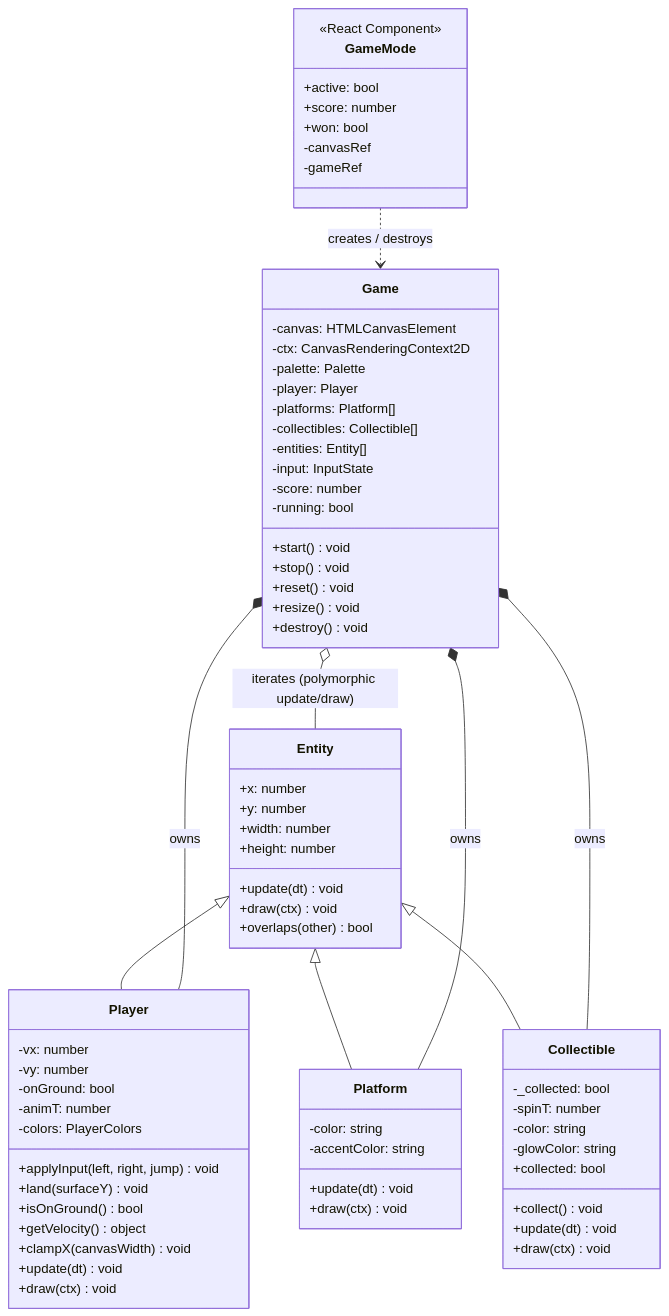
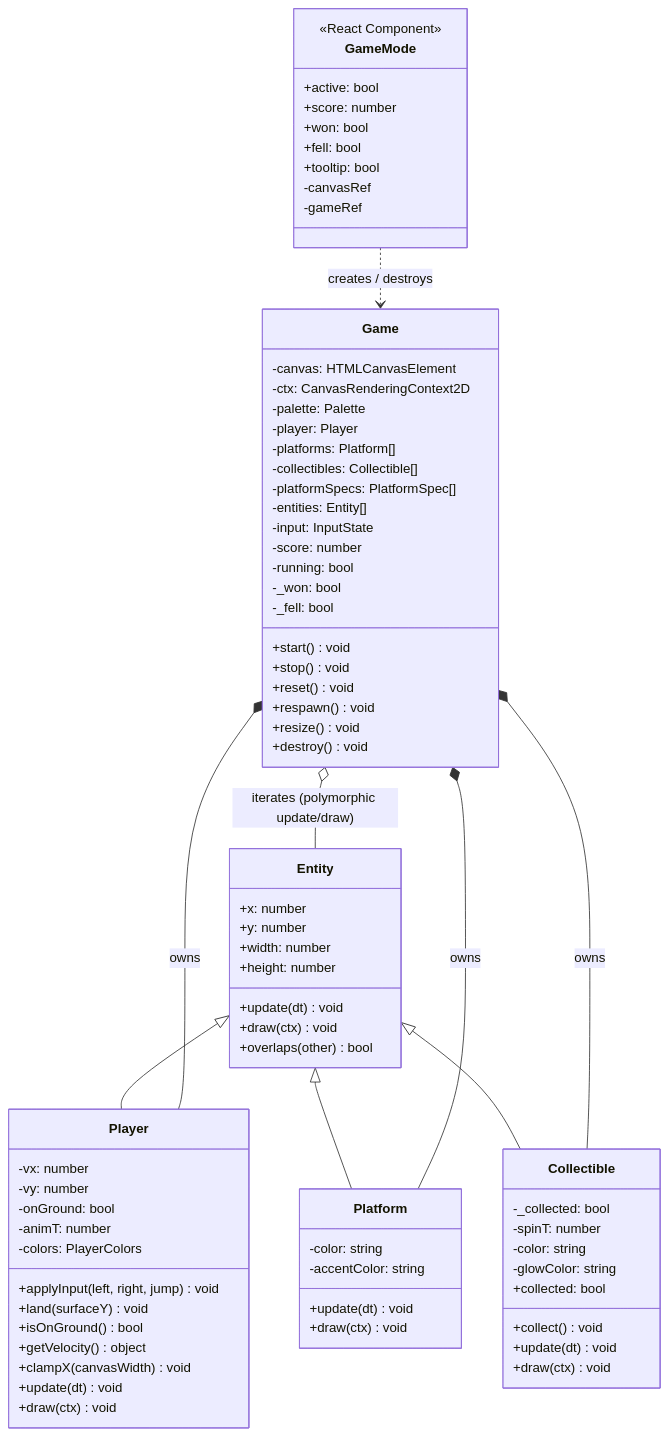
Before and after one commit to marehman-exe/marehman: the diagram in docs/GAME.md, drawn with Mermaid. The commit also changed other lines of this file and 2 other files, not shown here.

```diff
--- a/docs/GAME.md
+++ b/docs/GAME.md
@@ -58,13 +58,17 @@
         -player: Player
         -platforms: Platform[]
         -collectibles: Collectible[]
+        -platformSpecs: PlatformSpec[]
         -entities: Entity[]
         -input: InputState
         -score: number
         -running: bool
+        -_won: bool
+        -_fell: bool
         +start() void
         +stop() void
         +reset() void
+        +respawn() void
         +resize() void
         +destroy() void
     }
@@ -74,6 +78,8 @@
         +active: bool
         +score: number
         +won: bool
+        +fell: bool
+        +tooltip: bool
         -canvasRef
         -gameRef
     }
```
